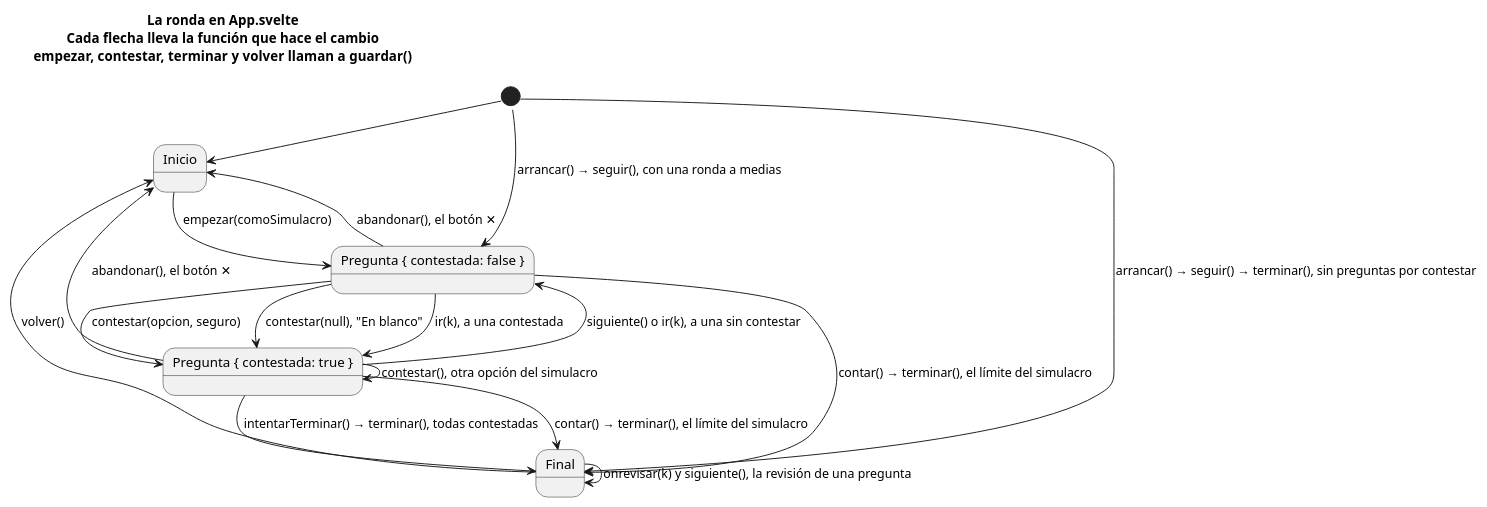
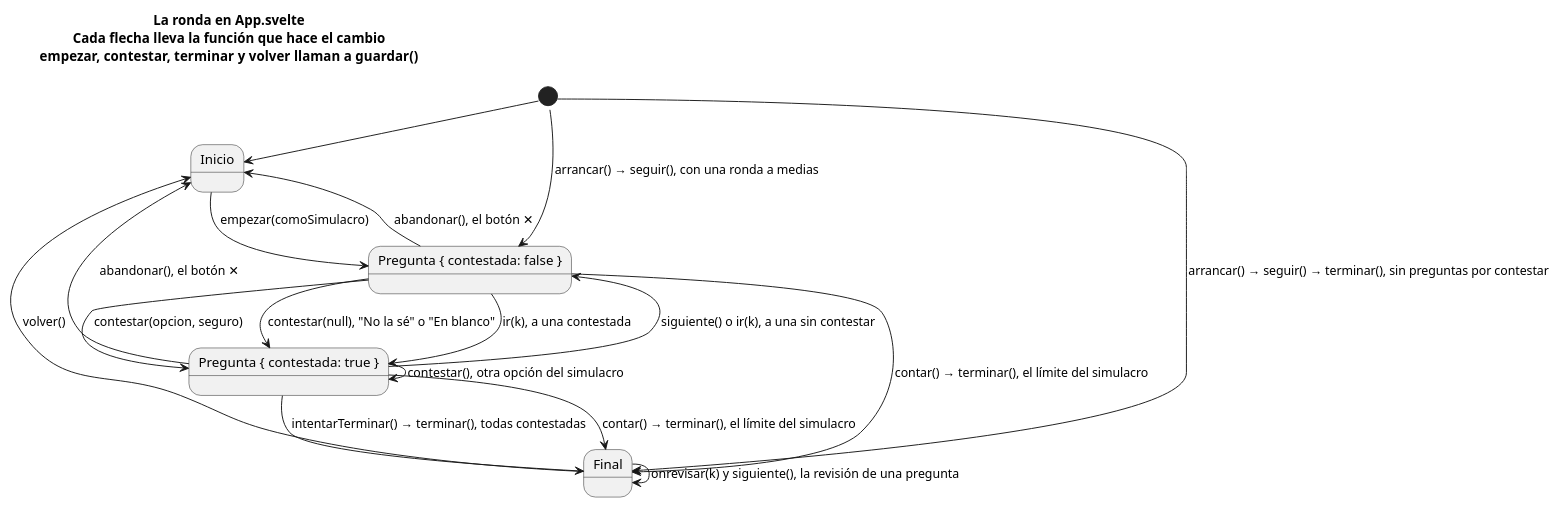
One commit to jfdg01/examenes changed the diagram in docs/diagramas/ronda.puml. Above: the diagram before and after it, drawn with PlantUML. The commit also changed 1 other file, not shown here.

Commit message:
feat: el botón en blanco dice «No la sé» en la sesión, y «En blanco» en el simulacro
Claude-Session: https://claude.ai/code/session_01H2CpDfyjitmZvv17wH59U1

```diff
--- a/docs/diagramas/ronda.puml
+++ b/docs/diagramas/ronda.puml
@@ -1,27 +1,27 @@
 @startuml ronda
 !pragma layout smetana
 skinparam shadowing false
 title La ronda en App.svelte\nCada flecha lleva la función que hace el cambio\nempezar, contestar, terminar y volver llaman a guardar()
 
 state Inicio
 state "Pregunta { contestada: false }" as SinContestar
 state "Pregunta { contestada: true }" as Contestada
 state Final
 
 [*] --> Inicio
 [*] --> SinContestar : arrancar() → seguir(), con una ronda a medias
 [*] --> Final : arrancar() → seguir() → terminar(), sin preguntas por contestar
 Inicio --> SinContestar : empezar(comoSimulacro)
 SinContestar --> Contestada : contestar(opcion, seguro)
-SinContestar --> Contestada : contestar(null), "En blanco"
+SinContestar --> Contestada : contestar(null), "No la sé" o "En blanco"
 Contestada --> Contestada : contestar(), otra opción del simulacro
 Contestada --> SinContestar : siguiente() o ir(k), a una sin contestar
 SinContestar --> Contestada : ir(k), a una contestada
 Contestada --> Final : intentarTerminar() → terminar(), todas contestadas
 SinContestar --> Final : contar() → terminar(), el límite del simulacro
 Contestada --> Final : contar() → terminar(), el límite del simulacro
 SinContestar --> Inicio : abandonar(), el botón ✕
 Contestada --> Inicio : abandonar(), el botón ✕
 Final --> Final : onrevisar(k) y siguiente(), la revisión de una pregunta
 Final --> Inicio : volver()
 @enduml
```
